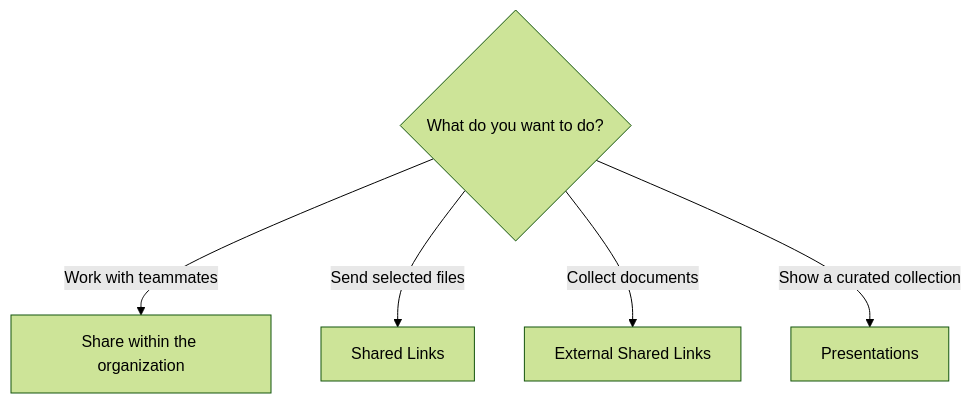
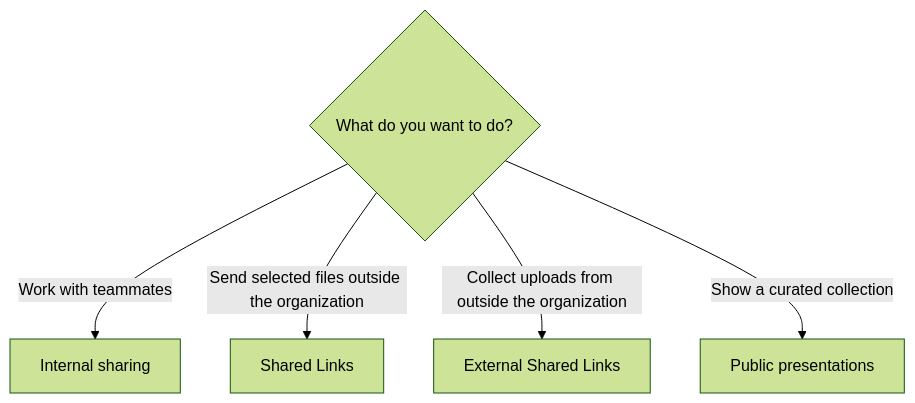
Before and after one commit to SpectraEYEHQ/SpectraVault: the third of 3 diagrams in README.md, drawn with Mermaid (forest theme). The commit also changed other lines of this file, not shown here.

````diff
--- a/README.md
+++ b/README.md
@@ -70,8 +95,8 @@
 ```mermaid
 flowchart TD
     Task{"What do you want to do?"}
-    Task -->|Work with teammates| Internal["Share within the organization"]
-    Task -->|Send selected files| Links["Shared Links"]
-    Task -->|Collect documents| Requests["External Shared Links"]
-    Task -->|Show a curated collection| Presentation["Presentations"]
+    Task -->|Work with teammates| Internal["Internal sharing"]
+    Task -->|Send selected files outside the organization| Links["Shared Links"]
+    Task -->|Collect uploads from outside the organization| Requests["External Shared Links"]
+    Task -->|Show a curated collection| Presentation["Public presentations"]
 ```
````
